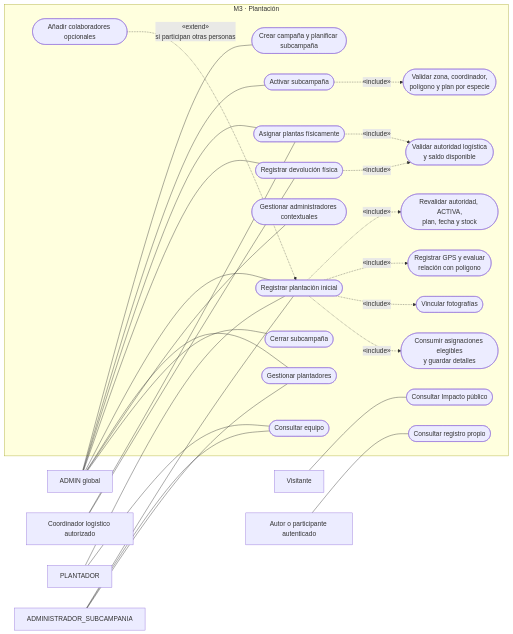
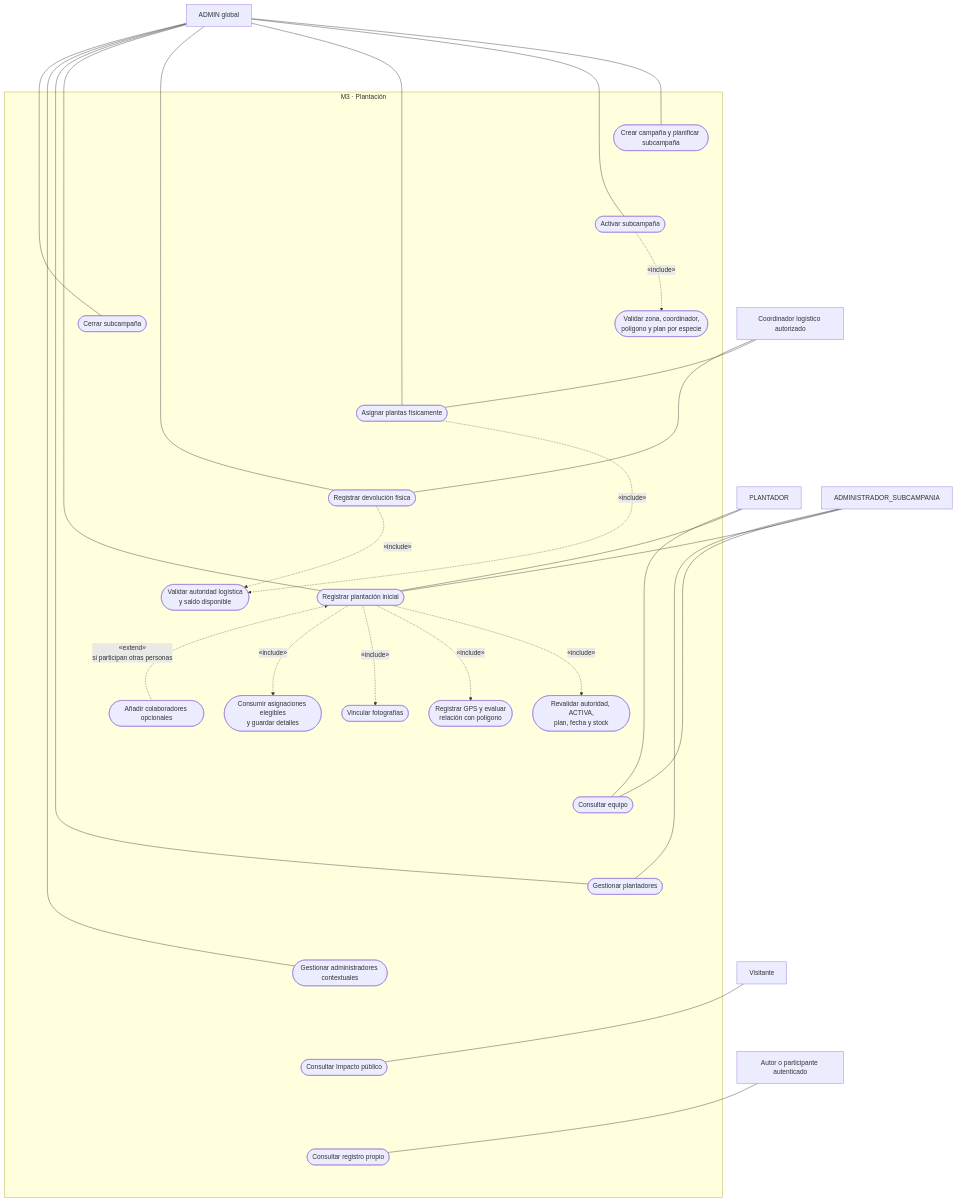
One commit to R3foresta/r3foresta-docs changed the sixth of 18 diagrams in documentacion-grado/06_entregables/proyecto_grado/03_2_fase_elaboracion.md. Above: the diagram before and after it, drawn with Mermaid. The commit also changed other lines of this file and 672 other files, not shown here.

````diff
--- a/documentacion-grado/06_entregables/proyecto_grado/03_2_fase_elaboracion.md
+++ b/documentacion-grado/06_entregables/proyecto_grado/03_2_fase_elaboracion.md
@@ -364,60 +389,64 @@
 ```mermaid
-flowchart LR
+flowchart TB
+    %%{init: {"flowchart": {"rankSpacing": 160}}}%%
     AD["ADMIN global"]
     CO["Coordinador logístico autorizado"]
     PL["PLANTADOR"]
     AS["ADMINISTRADOR_SUBCAMPANIA"]
     VI["Visitante"]
     AU["Autor o participante autenticado"]
 
     subgraph M3["M3 · Plantación"]
         PLAN(["Crear campaña y planificar subcampaña"])
         ACT(["Activar subcampaña"])
         META(["Validar zona, coordinador,<br/>polígono y plan por especie"])
         ENT(["Asignar plantas físicamente"])
         DEV(["Registrar devolución física"])
         FIS(["Validar autoridad logística<br/>y saldo disponible"])
 
         REG(["Registrar plantación inicial"])
         CTX(["Revalidar autoridad, ACTIVA,<br/>plan, fecha y stock"])
         GEO(["Registrar GPS y evaluar<br/>relación con polígono"])
         FOT(["Vincular fotografías"])
         LIFO(["Consumir asignaciones elegibles<br/>y guardar detalles"])
         COL(["Añadir colaboradores opcionales"])
 
         EQU(["Consultar equipo"])
         GP(["Gestionar plantadores"])
         GA(["Gestionar administradores contextuales"])
         CIE(["Cerrar subcampaña"])
         PUB(["Consultar Impacto público"])
         PRO(["Consultar registro propio"])
     end
 
     AD --- PLAN
     AD --- ACT
     AD --- ENT
     AD --- DEV
     AD --- REG
     AD --- GP
     AD --- GA
     AD --- CIE
     CO --- ENT
     CO --- DEV
 
     PL --- REG
     PL --- EQU
     AS --- REG
     AS --- EQU
     AS --- GP
     VI --- PUB
     AU --- PRO
 
     ACT -.->|"«include»"| META
     ENT -.->|"«include»"| FIS
     DEV -.->|"«include»"| FIS
     REG -.->|"«include»"| CTX
     REG -.->|"«include»"| GEO
     REG -.->|"«include»"| FOT
     REG -.->|"«include»"| LIFO
     COL -.->|"«extend»<br/>si participan otras personas"| REG
+
+    %% Orden visual; estos enlaces invisibles no son relaciones del dominio.
+    PLAN ~~~ ACT ~~~ CIE ~~~ ENT ~~~ DEV ~~~ REG ~~~ COL ~~~ EQU ~~~ GP ~~~ GA ~~~ PUB ~~~ PRO
 ```
````
